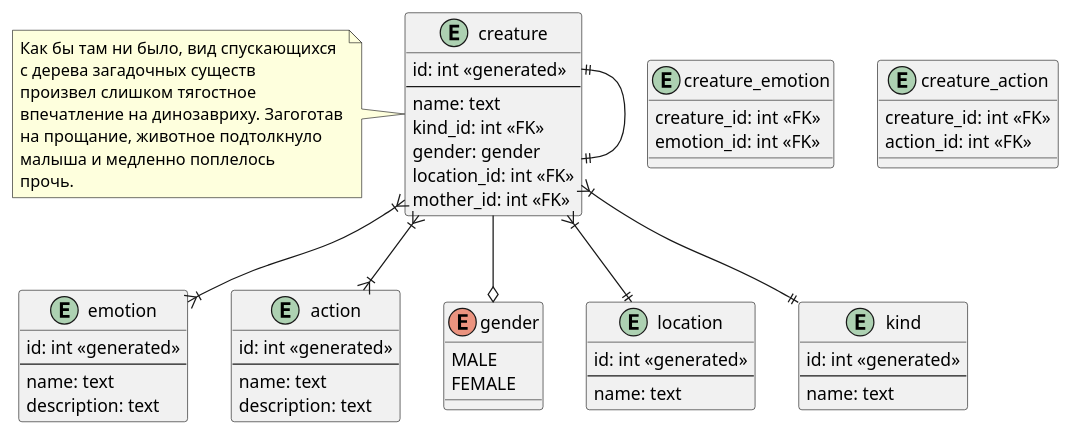
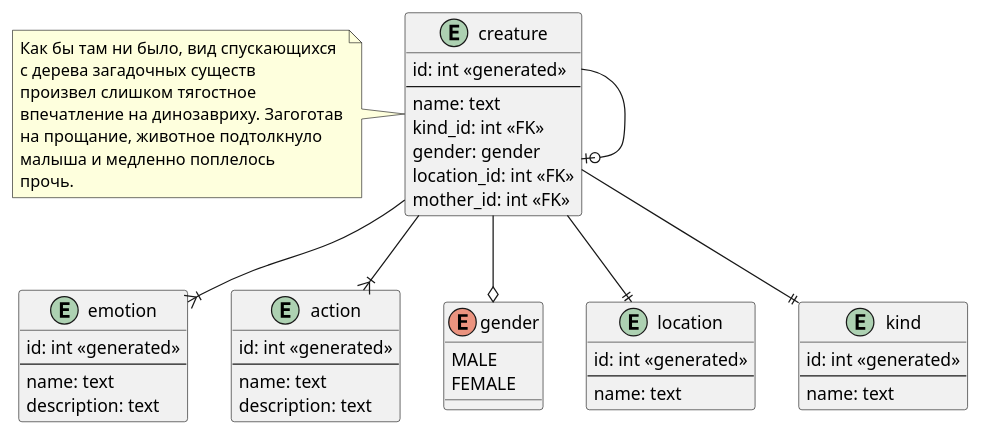
The diagram in doc/lab-1/entity.puml (vityaman-edu/db-labs-basic), drawn with PlantUML before and after one commit.

Commit message:
[lab][1][sql] Removed physical tables from er-diagram, fixed relations

```diff
--- a/doc/lab-1/entity.puml
+++ b/doc/lab-1/entity.puml
@@ -1,71 +1,61 @@
 @startuml Lab 1 Entity-Relation MachineBorderColor
 
 entity creature {
     id: int <<generated>>
     --
     name: text
     kind_id: int <<FK>>
     gender: gender
     location_id: int <<FK>>
     mother_id: int <<FK>>
 }
 
 entity emotion {
     id: int <<generated>>
     --
     name: text
     description: text
 }
 
 entity action {
     id: int <<generated>>
     --
     name: text
     description: text
 }
 
 enum gender {
     MALE
     FEMALE
 }
 
 entity location {
     id: int <<generated>>
     --
     name: text
 }
 
 entity kind {
     id: int <<generated>>
     --
     name: text
 }
 
-creature }|--||kind
+creature --||kind
 creature --o gender
-creature }|--||location
-creature }|--|{ emotion
-creature }|--|{ action
-creature ||--|| creature
-
-entity creature_emotion {
-    creature_id: int <<FK>>
-    emotion_id: int <<FK>>
-}
-
-entity creature_action {
-    creature_id: int <<FK>>
-    action_id: int <<FK>>
-}
+creature --||location
+creature --|{ emotion
+creature --|{ action
+creature --o| creature
 
 note left of creature
   Как бы там ни было, вид спускающихся 
   с дерева загадочных существ
   произвел слишком тягостное 
   впечатление на динозавриху. Загоготав
   на прощание, животное подтолкнуло 
   малыша и медленно поплелось
   прочь. 
 end note
 
 @enduml
```
